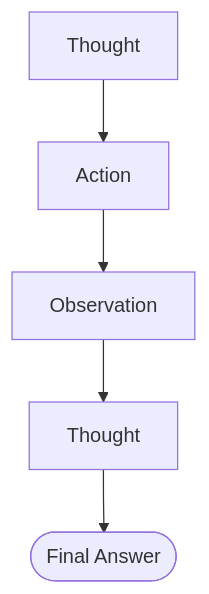
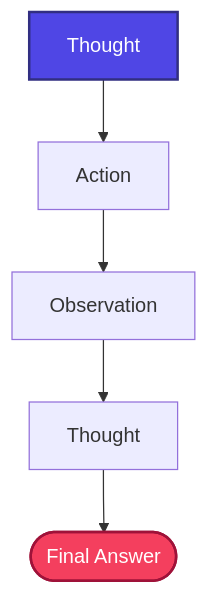
The first of 2 diagrams in 17_ReAct_RAG/README.md (mohd-faizy/RAG-Design-Patterns), drawn with Mermaid before and after one commit. The commit also changed other lines of this file and 18 other files, not shown here.

````diff
--- a/17_ReAct_RAG/README.md
+++ b/17_ReAct_RAG/README.md
@@ -29,7 +29,10 @@
 ```mermaid
 graph TD
     Thought["Thought"] --> Action["Action"]
     Action --> Observation["Observation"]
     Observation --> Thought2["Thought"]
     Thought2 --> FinalAnswer([Final Answer])
+
+    style Thought fill:#4F46E5,stroke:#312E81,stroke-width:2px,color:#fff
+    style FinalAnswer fill:#F43F5E,stroke:#9F1239,stroke-width:2px,color:#fff
 ```
````
